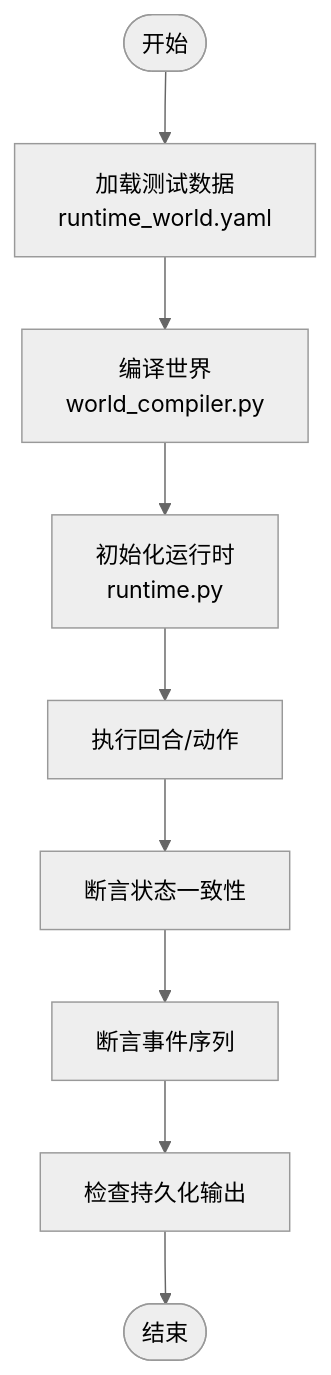
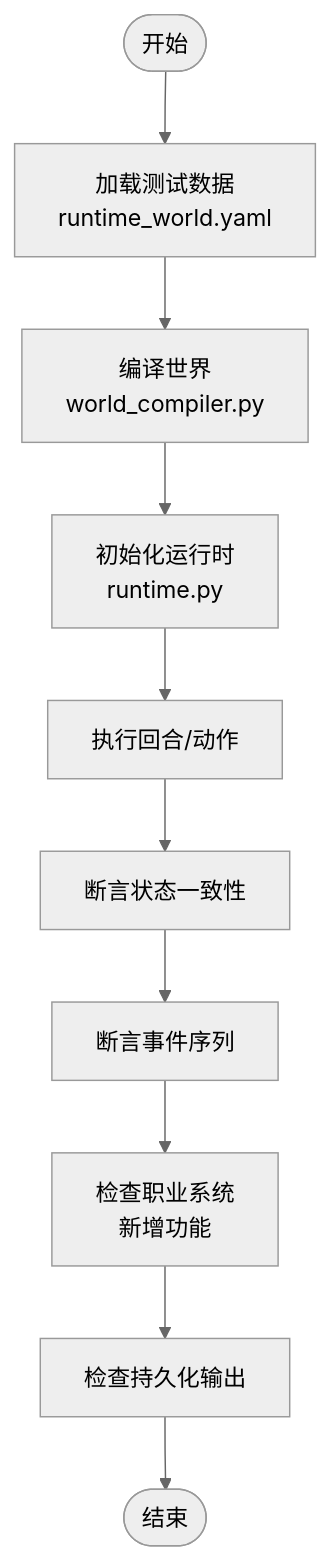
Before and after one commit to Ivandanslespace/thegreatnovel: the third of 4 diagrams in .qoder/repowiki/zh/content/测试指南.md, drawn with Mermaid (neutral theme). The commit also changed other lines of this file and 264 other files, not shown here.

````diff
--- a/.qoder/repowiki/zh/content/测试指南.md
+++ b/.qoder/repowiki/zh/content/测试指南.md
@@ -182,11 +241,12 @@
 ```mermaid
 flowchart TD
 Start(["开始"]) --> LoadFixture["加载测试数据<br/>runtime_world.yaml"]
 LoadFixture --> CompileWorld["编译世界<br/>world_compiler.py"]
 CompileWorld --> InitRuntime["初始化运行时<br/>runtime.py"]
 InitRuntime --> ExecuteTurns["执行回合/动作"]
 ExecuteTurns --> CheckState["断言状态一致性"]
 CheckState --> CheckEvents["断言事件序列"]
-CheckEvents --> PersistCheck["检查持久化输出"]
+CheckEvents --> CheckProfessions["检查职业系统<br/>新增功能"]
+CheckProfessions --> PersistCheck["检查持久化输出"]
 PersistCheck --> End(["结束"])
 ```
````
